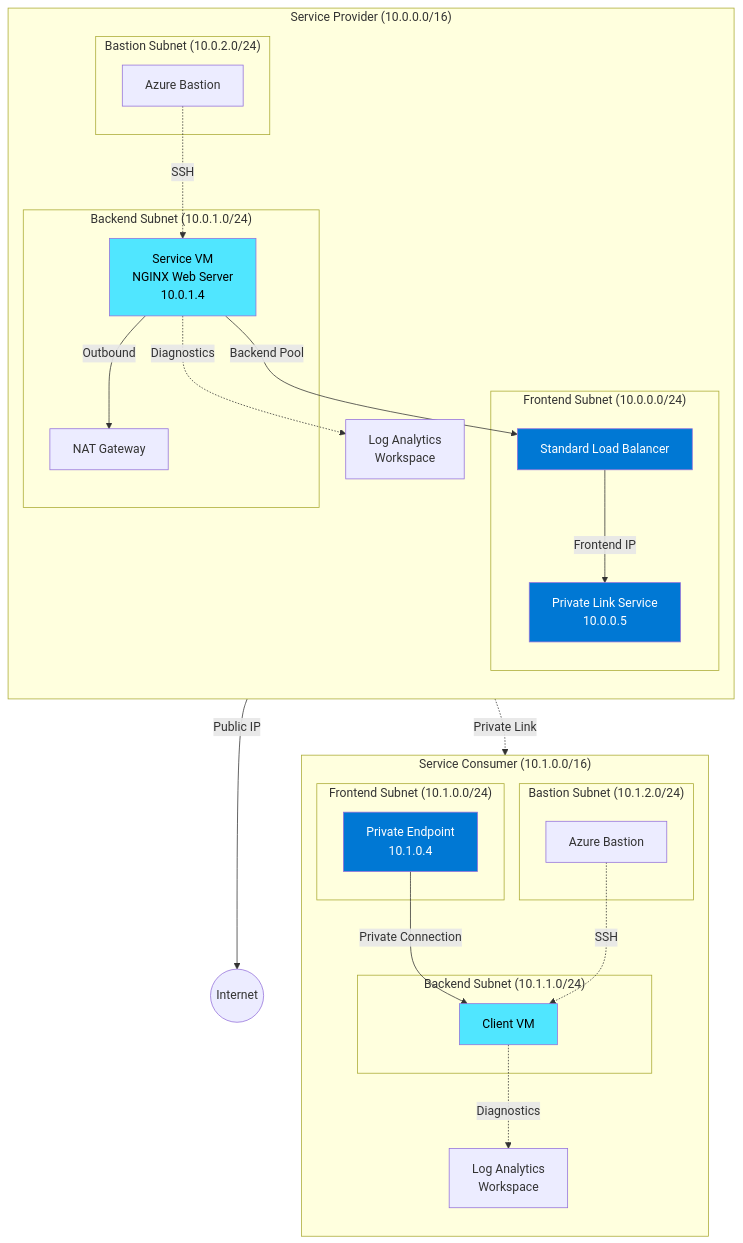
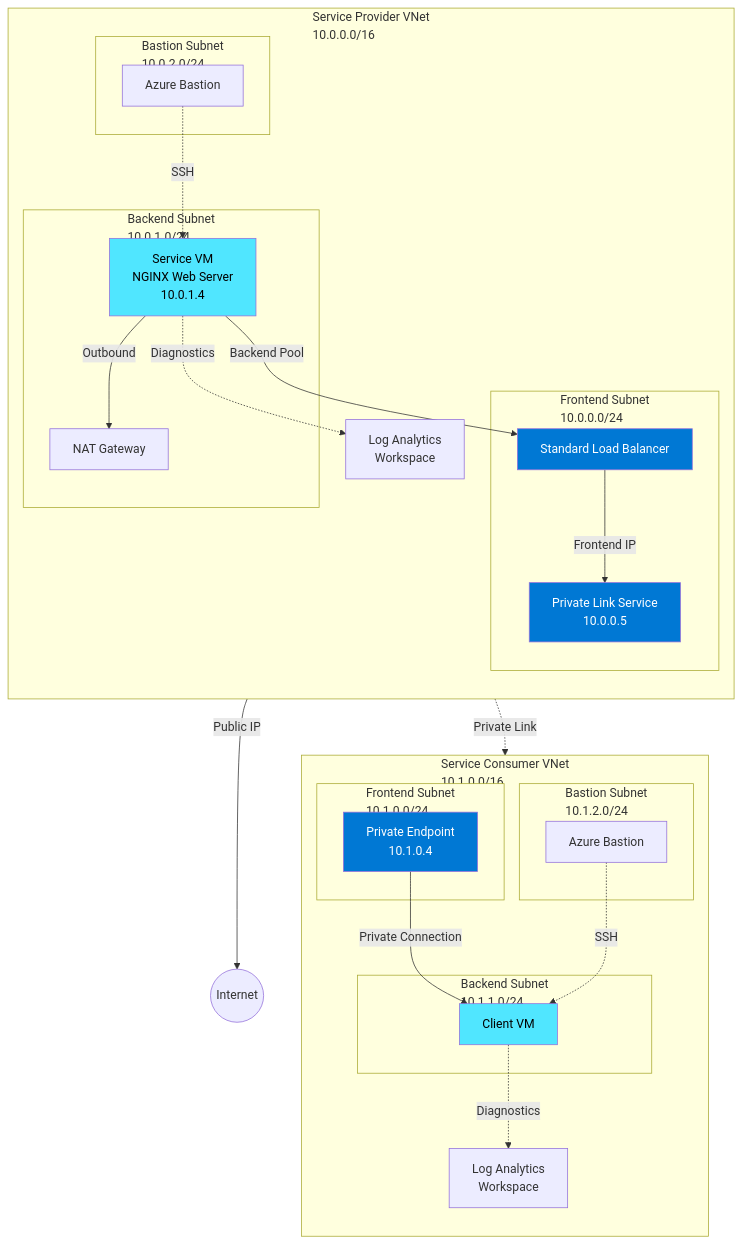
Before and after one commit to da5is/azure-private-link-service: the diagram in README.md, drawn with Mermaid.

Commit message:
updated IPs

````diff
--- a/README.md
+++ b/README.md
@@ -37,51 +37,51 @@
 ```mermaid
 graph TB
-    subgraph "Service Provider (10.0.0.0/16)"
+    subgraph Provider["Service Provider VNet<br/>10.0.0.0/16"]
         direction TB
-        subgraph "Frontend Subnet (10.0.0.0/24)"
+        subgraph FrontendProvider["Frontend Subnet<br/>10.0.0.0/24"]
             PLS[Private Link Service<br/>10.0.0.5]
             LB[Standard Load Balancer]
         end
-        subgraph "Backend Subnet (10.0.1.0/24)"
+        subgraph BackendProvider["Backend Subnet<br/>10.0.1.0/24"]
             ServiceVM[Service VM<br/>NGINX Web Server<br/>10.0.1.4]
             NAT[NAT Gateway]
         end
-        subgraph "Bastion Subnet (10.0.2.0/24)"
+        subgraph BastionProvider["Bastion Subnet<br/>10.0.2.0/24"]
             ServiceBastion[Azure Bastion]
         end
         ServiceLogs[Log Analytics<br/>Workspace]
     end
     
-    subgraph "Service Consumer (10.1.0.0/16)"
+    subgraph Consumer["Service Consumer VNet<br/>10.1.0.0/16"]
         direction TB
-        subgraph "Frontend Subnet (10.1.0.0/24)"
+        subgraph FrontendConsumer["Frontend Subnet<br/>10.1.0.0/24"]
             PE[Private Endpoint<br/>10.1.0.4]
         end
-        subgraph "Backend Subnet (10.1.1.0/24)"
+        subgraph BackendConsumer["Backend Subnet<br/>10.1.1.0/24"]
             ClientVM[Client VM]
         end
-        subgraph "Bastion Subnet (10.1.2.0/24)"
+        subgraph BastionConsumer["Bastion Subnet<br/>10.1.2.0/24"]
             ClientBastion[Azure Bastion]
         end
         ClientLogs[Log Analytics<br/>Workspace]
     end
     
     Internet((Internet))
     
     ServiceVM -->|Backend Pool| LB
     LB -->|Frontend IP| PLS
     PLS -.->|Private Link| PE
     PE -->|Private Connection| ClientVM
     ServiceVM -->|Outbound| NAT
     NAT -->|Public IP| Internet
     ServiceBastion -.->|SSH| ServiceVM
     ClientBastion -.->|SSH| ClientVM
     ServiceVM -.->|Diagnostics| ServiceLogs
     ClientVM -.->|Diagnostics| ClientLogs
     
     style PLS fill:#0078d4,color:#fff
     style PE fill:#0078d4,color:#fff
     style LB fill:#0078d4,color:#fff
     style ServiceVM fill:#50e6ff,color:#000
     style ClientVM fill:#50e6ff,color:#000
 ```
````
